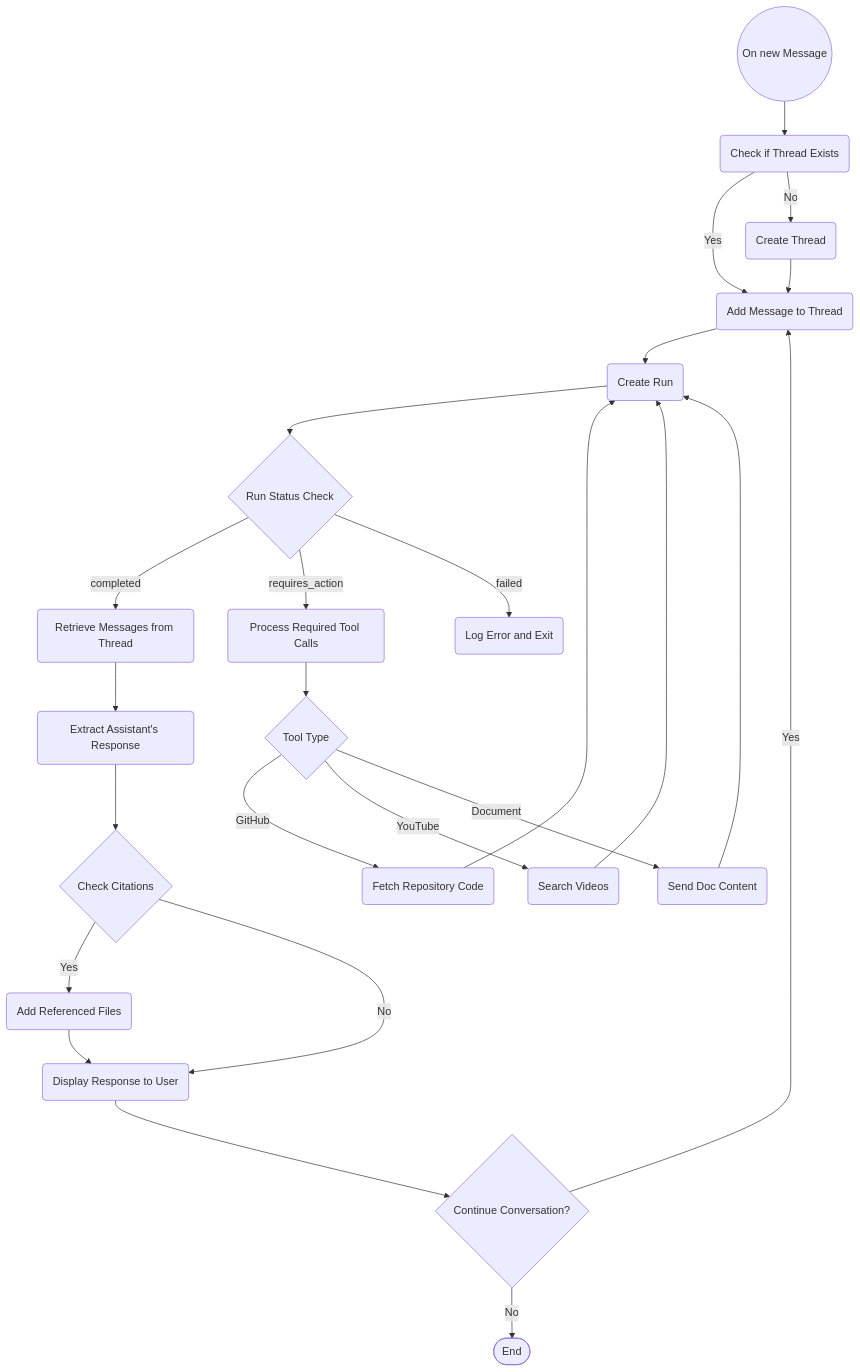
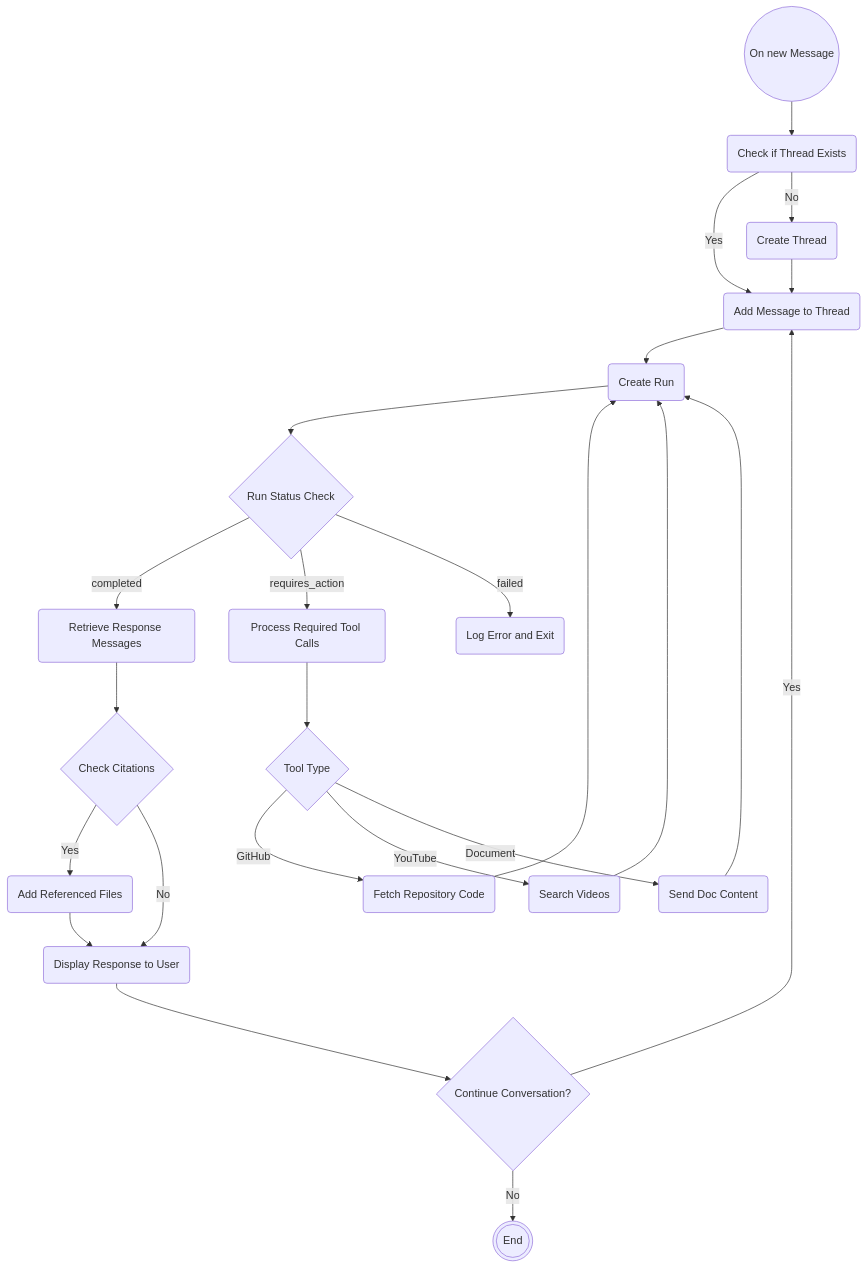
The diagram in README.md (nauqh/ti), drawn with Mermaid before and after one commit.

Commit message:
feat(README): update diagram

````diff
--- a/README.md
+++ b/README.md
@@ -131,28 +131,27 @@
 ```mermaid
 graph TD
     A((On new Message)) --> B(Check if Thread Exists)
     B -->|Yes| C(Add Message to Thread)
     B -->|No| D(Create Thread)
     D --> C
     C --> E(Create Run)
     E --> F{Run Status Check}
-    F -->|completed| G(Retrieve Messages from Thread)
+    F -->|completed| G(Retrieve Response Messages)
     F -->|requires_action| H(Process Required Tool Calls)
     H --> I{Tool Type}
     I -->|GitHub| J(Fetch Repository Code)
     I -->|YouTube| K(Search Videos)
     I -->|Document| L(Send Doc Content)
     J --> E
     K --> E
     L --> E
     F -->|failed| M(Log Error and Exit)
 
-    G --> N(Extract Assistant's Response)
-    N --> O{Check Citations}
+    G --> O{Check Citations}
     O -->|Yes| P(Add Referenced Files)
     O -->|No| Q(Display Response to User)
     P --> Q
     Q --> R{Continue Conversation?}
     R -->|Yes| C
-    R -->|No| S([End])
+    R -->|No| S(((End)))
 ```
````
